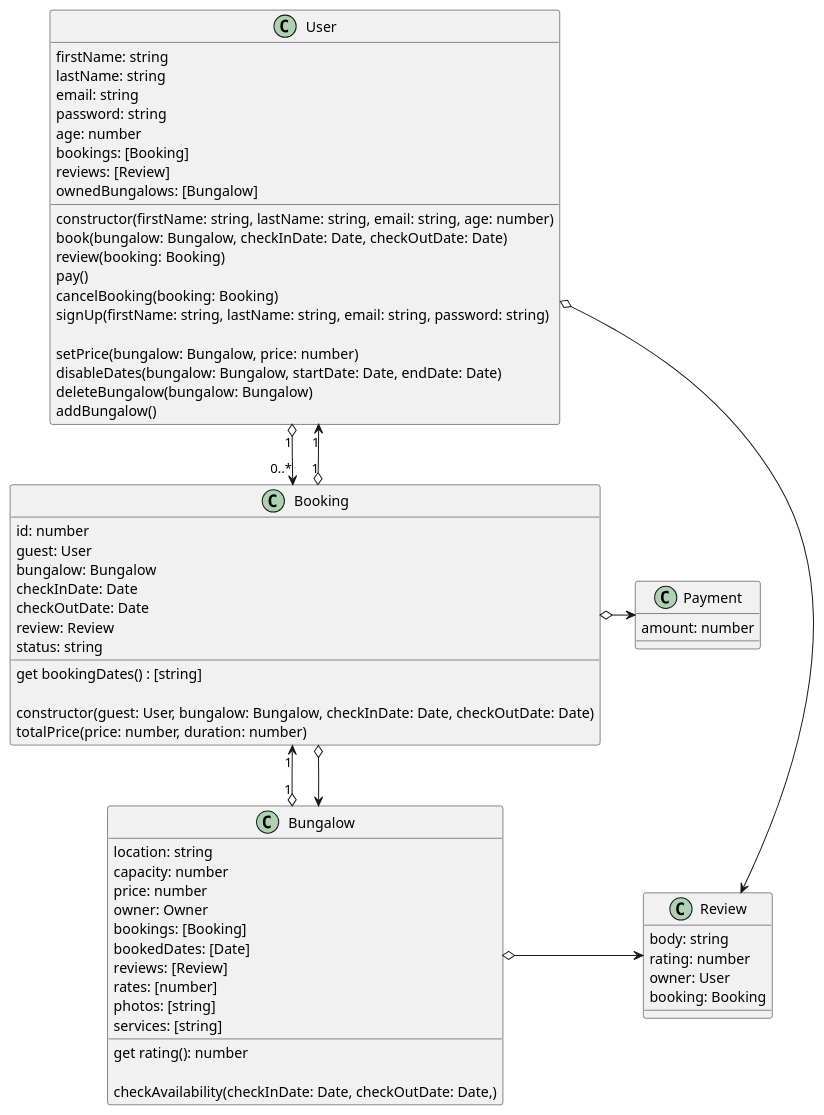
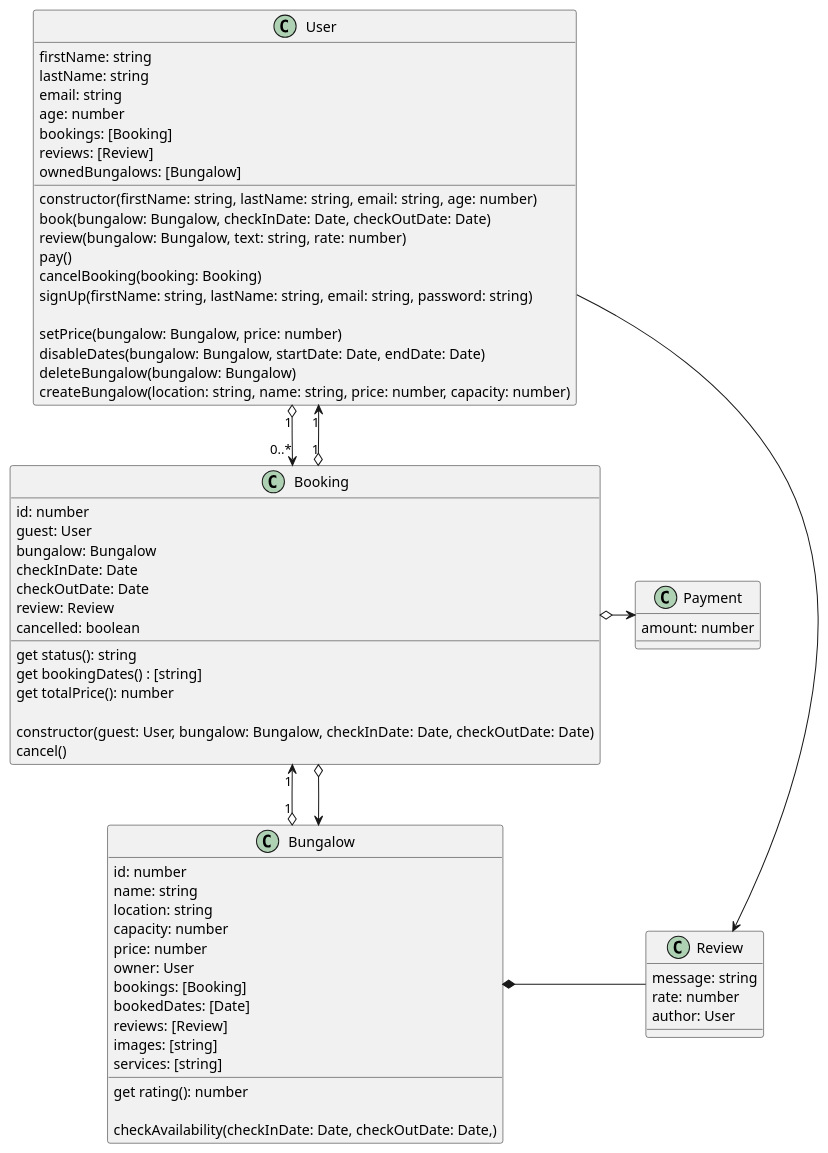
Before and after one commit to nsdumanlife/booking-app-express: the diagram in architecture/class.puml, drawn with PlantUML.

Commit message:
Updated classes

```diff
--- a/architecture/class.puml
+++ b/architecture/class.puml
@@ -1,75 +1,76 @@
 @startuml Bungalow Booking Class Diagram
 class User{
     firstName: string
     lastName: string
     email: string
-    password: string
     age: number
     bookings: [Booking]
     reviews: [Review]
     ownedBungalows: [Bungalow]
 
     constructor(firstName: string, lastName: string, email: string, age: number)
     book(bungalow: Bungalow, checkInDate: Date, checkOutDate: Date)
-    review(booking: Booking)
+    review(bungalow: Bungalow, text: string, rate: number)
     pay()
     cancelBooking(booking: Booking)
     signUp(firstName: string, lastName: string, email: string, password: string)
 
     setPrice(bungalow: Bungalow, price: number)
     disableDates(bungalow: Bungalow, startDate: Date, endDate: Date)
     deleteBungalow(bungalow: Bungalow)
-    addBungalow()
+    createBungalow(location: string, name: string, price: number, capacity: number)
 }
 
 class Bungalow{
+    id: number
+    name: string
     location: string
     capacity: number
     price: number
-    owner: Owner
+    owner: User
     bookings: [Booking]
     bookedDates: [Date]
     reviews: [Review]
-    rates: [number]
-    photos: [string]
+    images: [string]
     services: [string]
     get rating(): number
 
     checkAvailability(checkInDate: Date, checkOutDate: Date,)
 
 }
 
 class Booking{
     id: number
     guest: User
     bungalow: Bungalow
     checkInDate: Date
     checkOutDate: Date
     review: Review
-    status: string
+    cancelled: boolean
+    get status(): string
     get bookingDates() : [string]
+    get totalPrice(): number
 
     constructor(guest: User, bungalow: Bungalow, checkInDate: Date, checkOutDate: Date)
-    totalPrice(price: number, duration: number)
+    cancel()
 }
 
 class Review {
-    body: string
-    rating: number
-    owner: User
-    booking: Booking
+    message: string
+    rate: number
+    author: User
 }
 
 class Payment{
     amount: number
 }
 
-Bungalow o-> Review
-User o--> Review
+Bungalow *- Review
+User --> Review
 User "1" o-->"0..*" Booking
 Booking "1" o-->"1" User
 Booking "1" <--o "1" Bungalow
 Booking o--> Bungalow
 Booking o-> Payment
 
 @enduml
```
